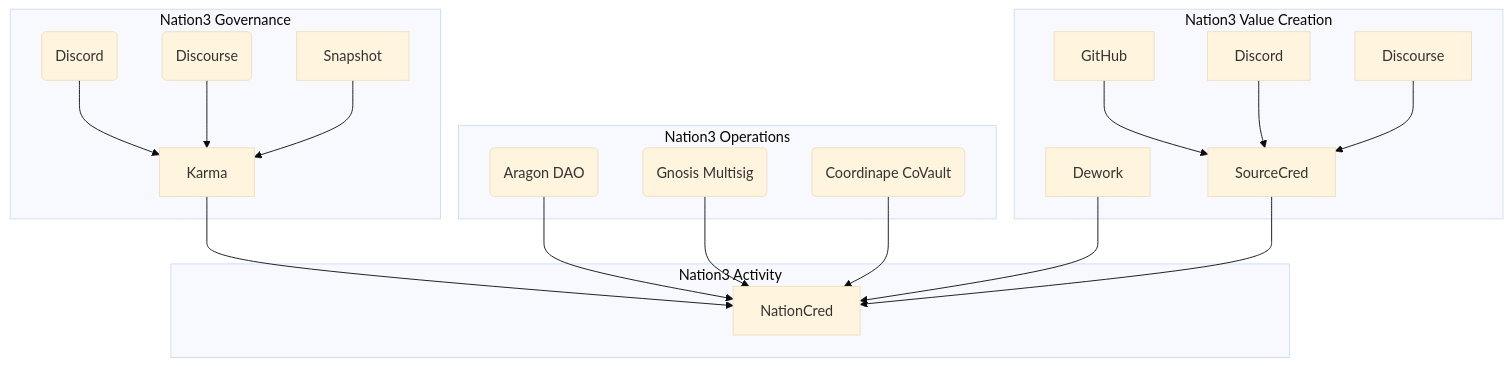
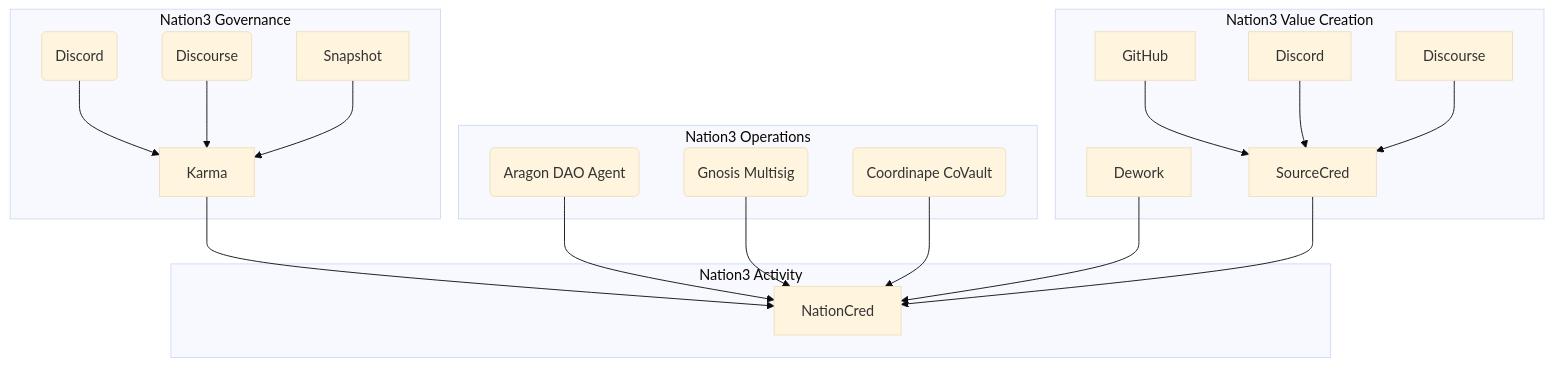
Before and after one commit to nation3/nationcred-datasets: the diagram in README.md, drawn with Mermaid (base theme).

````diff
--- a/README.md
+++ b/README.md
@@ -9,31 +9,31 @@
 ```mermaid
 graph TD
     subgraph Nation3 Governance
     Discord_Karma(Discord)-->Karma
     Discourse_Karma(Discourse)-->Karma
     Snapshot-->Karma
     end
     Karma-->NationCred
     
     subgraph Nation3 Operations
-    Aragon(Aragon DAO)
+    Aragon(Aragon DAO Agent)
     Gnosis(Gnosis Multisig)
     Coordinape(Coordinape CoVault)
     end
     Aragon-->NationCred
     Gnosis-->NationCred
     Coordinape-->NationCred
     
     subgraph Nation3 Value Creation
     GitHub-->SourceCred
     Discord-->SourceCred
     Discourse-->SourceCred
     Dework
     end
     Dework-->NationCred
     SourceCred-->NationCred
     
     subgraph Nation3 Activity
     NationCred
     end
 ```
````
